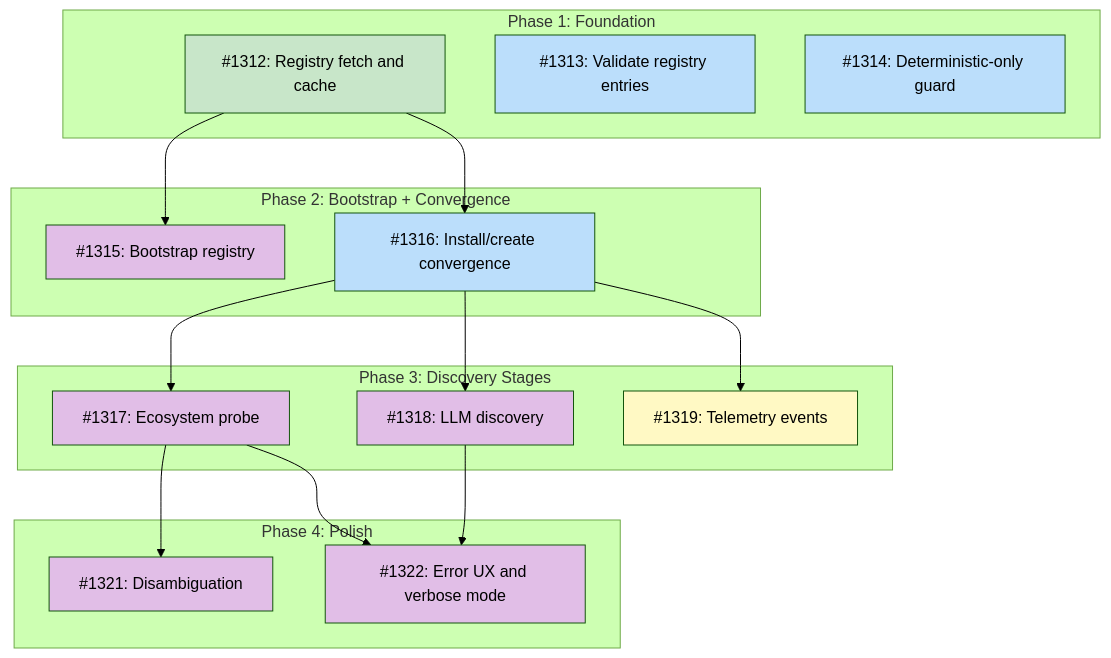
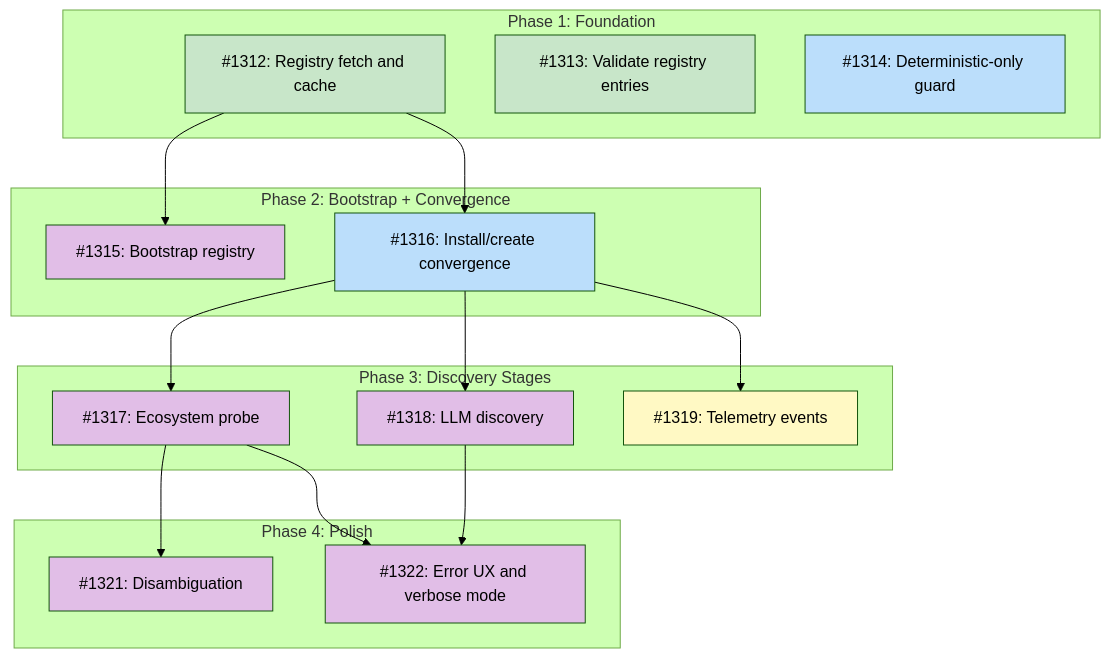
Before and after one commit to tsukumogami/tsuku: the diagram in docs/designs/DESIGN-discovery-resolver.md, drawn with Mermaid (forest theme). The commit also changed 4 other files, not shown here.

````diff
--- a/docs/designs/DESIGN-discovery-resolver.md
+++ b/docs/designs/DESIGN-discovery-resolver.md
@@ -58,44 +58,44 @@
 ```mermaid
 graph TD
     subgraph Phase1["Phase 1: Foundation"]
         I1312["#1312: Registry fetch and cache"]
         I1313["#1313: Validate registry entries"]
         I1314["#1314: Deterministic-only guard"]
     end
 
     subgraph Phase2["Phase 2: Bootstrap + Convergence"]
         I1315["#1315: Bootstrap registry"]
         I1316["#1316: Install/create convergence"]
     end
 
     subgraph Phase3["Phase 3: Discovery Stages"]
         I1317["#1317: Ecosystem probe"]
         I1318["#1318: LLM discovery"]
         I1319["#1319: Telemetry events"]
     end
 
     subgraph Phase4["Phase 4: Polish"]
         I1321["#1321: Disambiguation"]
         I1322["#1322: Error UX and verbose mode"]
     end
 
     I1312 --> I1315
     I1312 --> I1316
     I1316 --> I1317
     I1316 --> I1318
     I1316 --> I1319
     I1317 --> I1321
     I1317 --> I1322
     I1318 --> I1322
 
     classDef done fill:#c8e6c9
     classDef ready fill:#bbdefb
     classDef blocked fill:#fff9c4
     classDef needsDesign fill:#e1bee7
 
-    class I1312 done
-    class I1313,I1314 ready
+    class I1312,I1313 done
+    class I1314 ready
     class I1319 blocked
     class I1316 ready
     class I1315,I1317,I1318,I1321,I1322 needsDesign
 ```
````
